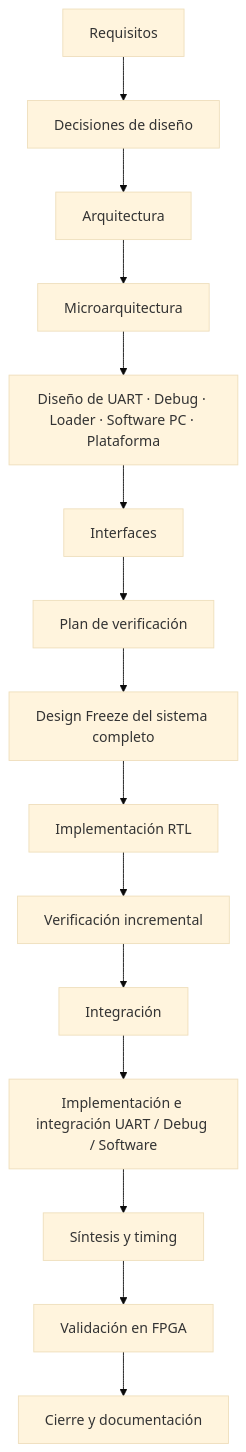
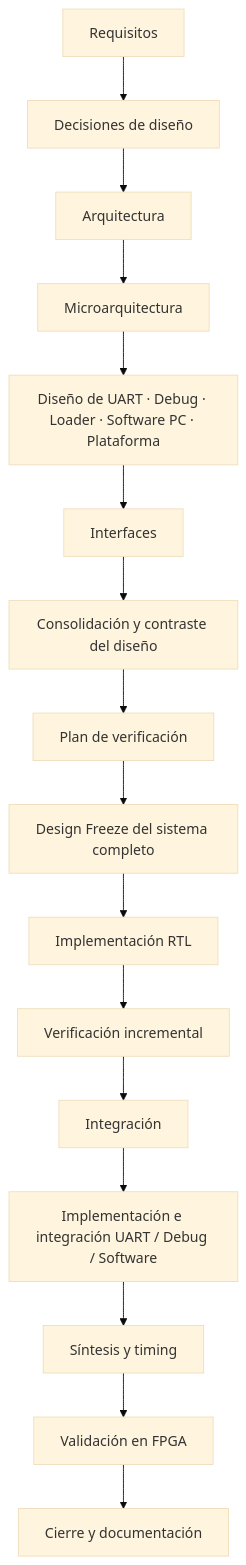
One commit to FrancoPerotti/computer-architecture-tps changed the first of 14 diagrams in tp3/docs/plan.md. Above: the diagram before and after it, drawn with Mermaid (base theme). The commit also changed other lines of this file and 134 other files, not shown here.

Commit message:
docs(tp3): consolidate architecture and simplify README

````diff
--- a/tp3/docs/plan.md
+++ b/tp3/docs/plan.md
@@ -11,20 +54,21 @@
 ```mermaid
 flowchart TD
     requisitos[Requisitos]
     decisiones[Decisiones de diseño]
     arquitectura[Arquitectura]
     microarquitectura[Microarquitectura]
     interfaces[Interfaces]
     periferia[Diseño de UART · Debug · Loader · Software PC · Plataforma]
+    consolidacion[Consolidación y contraste del diseño]
     plan[Plan de verificación]
     congelamiento[Design Freeze del sistema completo]
     rtl[Implementación RTL]
     verificacion[Verificación incremental]
     integracion[Integración]
     uart[Implementación e integración UART / Debug / Software]
     sintesis[Síntesis y timing]
     fpga[Validación en FPGA]
     cierre[Cierre y documentación]
 
-    requisitos --> decisiones --> arquitectura --> microarquitectura --> periferia --> interfaces --> plan --> congelamiento --> rtl --> verificacion --> integracion --> uart --> sintesis --> fpga --> cierre
+    requisitos --> decisiones --> arquitectura --> microarquitectura --> periferia --> interfaces --> consolidacion --> plan --> congelamiento --> rtl --> verificacion --> integracion --> uart --> sintesis --> fpga --> cierre
 ```
````
